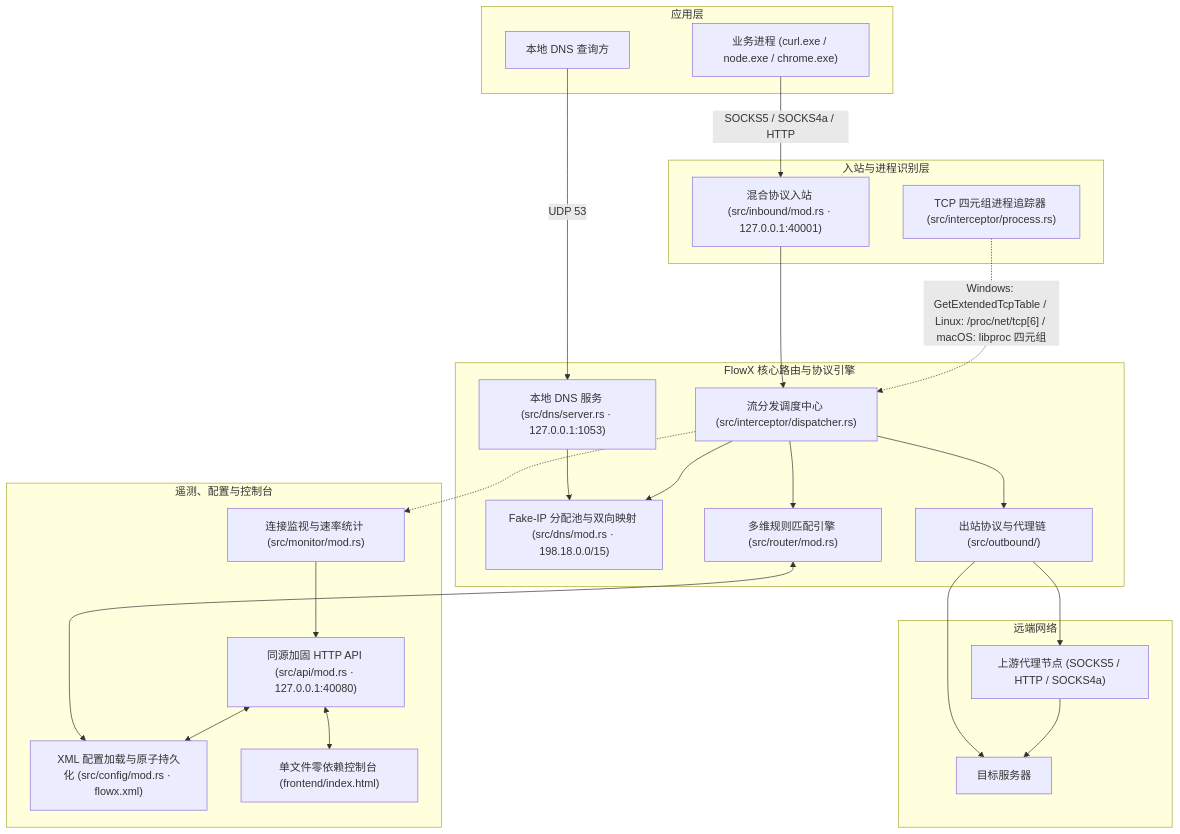
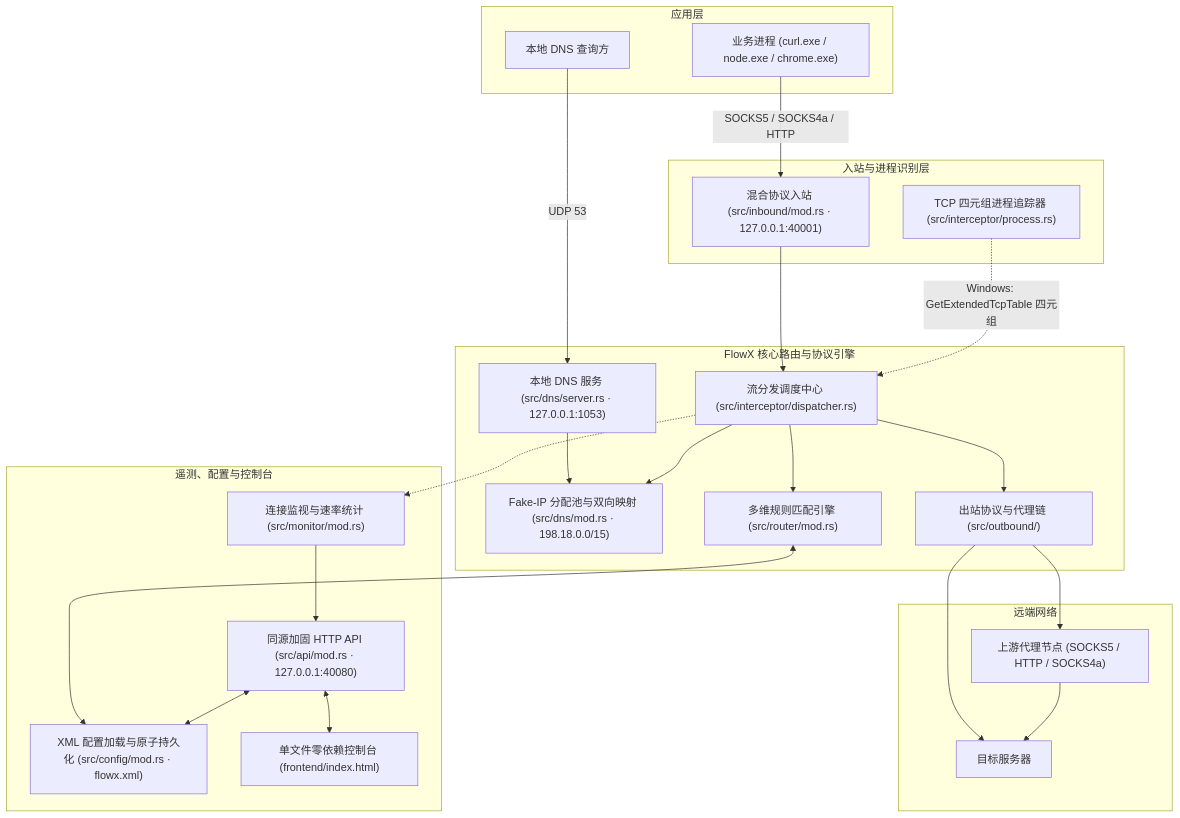
The diagram in ARCHITECTURE.md (sLingli/FlowX), drawn with Mermaid before and after one commit. The commit also changed other lines of this file and 3 other files, not shown here.

````diff
--- a/ARCHITECTURE.md
+++ b/ARCHITECTURE.md
@@ -11,49 +11,49 @@
 ```mermaid
 flowchart TD
     subgraph AppLayer ["应用层"]
         A1["业务进程 (curl.exe / node.exe / chrome.exe)"]
         A2["本地 DNS 查询方"]
     end
 
     subgraph InterceptionLayer ["入站与进程识别层"]
         MixedInbound["混合协议入站 (src/inbound/mod.rs · 127.0.0.1:40001)"]
         ProcessTracker["TCP 四元组进程追踪器 (src/interceptor/process.rs)"]
     end
 
     subgraph CoreEngine ["FlowX 核心路由与协议引擎"]
         Dispatcher["流分发调度中心 (src/interceptor/dispatcher.rs)"]
         FakeIpEngine["Fake-IP 分配池与双向映射 (src/dns/mod.rs · 198.18.0.0/15)"]
         DnsServer["本地 DNS 服务 (src/dns/server.rs · 127.0.0.1:1053)"]
         RouterEngine["多维规则匹配引擎 (src/router/mod.rs)"]
         OutboundMgr["出站协议与代理链 (src/outbound/)"]
     end
 
     subgraph PresentationLayer ["遥测、配置与控制台"]
         Monitor["连接监视与速率统计 (src/monitor/mod.rs)"]
         ConfigStore["XML 配置加载与原子持久化 (src/config/mod.rs · flowx.xml)"]
         ApiServer["同源加固 HTTP API (src/api/mod.rs · 127.0.0.1:40080)"]
         WebDashboard["单文件零依赖控制台 (frontend/index.html)"]
     end
 
     subgraph RemoteNetwork ["远端网络"]
         ProxyNode["上游代理节点 (SOCKS5 / HTTP / SOCKS4a)"]
         TargetHost["目标服务器"]
     end
 
     A1 -->|"SOCKS5 / SOCKS4a / HTTP"| MixedInbound
     A2 -->|"UDP 53"| DnsServer
     DnsServer --> FakeIpEngine
     MixedInbound --> Dispatcher
-    ProcessTracker -.->|"Windows: GetExtendedTcpTable / Linux: /proc/net/tcp[6] / macOS: libproc 四元组"| Dispatcher
+    ProcessTracker -.->|"Windows: GetExtendedTcpTable 四元组"| Dispatcher
     Dispatcher --> FakeIpEngine
     Dispatcher --> RouterEngine
     Dispatcher --> OutboundMgr
     OutboundMgr --> ProxyNode
     OutboundMgr --> TargetHost
     ProxyNode --> TargetHost
     Dispatcher -.-> Monitor
     Monitor --> ApiServer
     RouterEngine <--> ConfigStore
     ApiServer <--> ConfigStore
     ApiServer <--> WebDashboard
 ```
````
